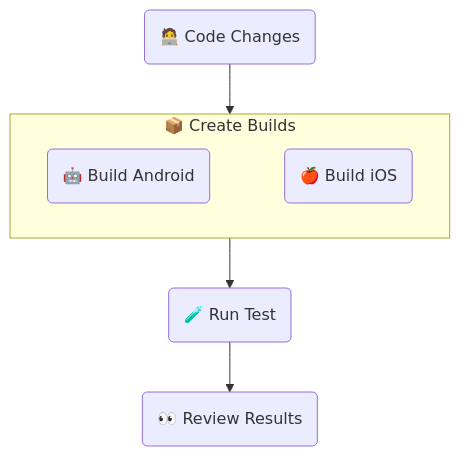
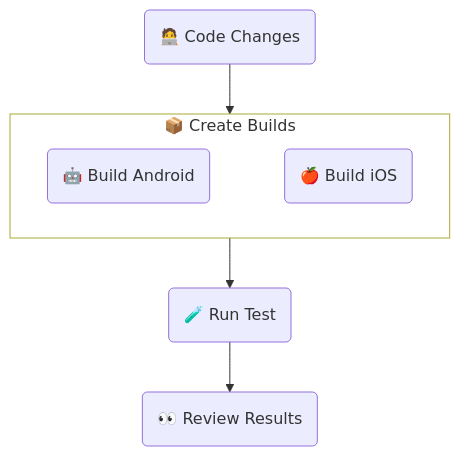
Before and after one commit to sherlo-io/sherlo: the diagram in examples/standard/README.md, drawn with Mermaid.

Commit message:
no message

````diff
--- a/examples/standard/README.md
+++ b/examples/standard/README.md
@@ -14,15 +14,16 @@
 ```mermaid
 flowchart TB
    UI(🧑‍💻 Code Changes)
    subgraph Build[📦 Create Builds]
       Android(🤖 Build Android)
       iOS(🍎 Build iOS)
       Android ~~~ iOS
+      style Build fill:#00000000
    end
    Test(🧪 Run Test)
    Review(👀 Review Results)
 
    UI --> Build
    Build --> Test
    Test --> Review
 ```
````
